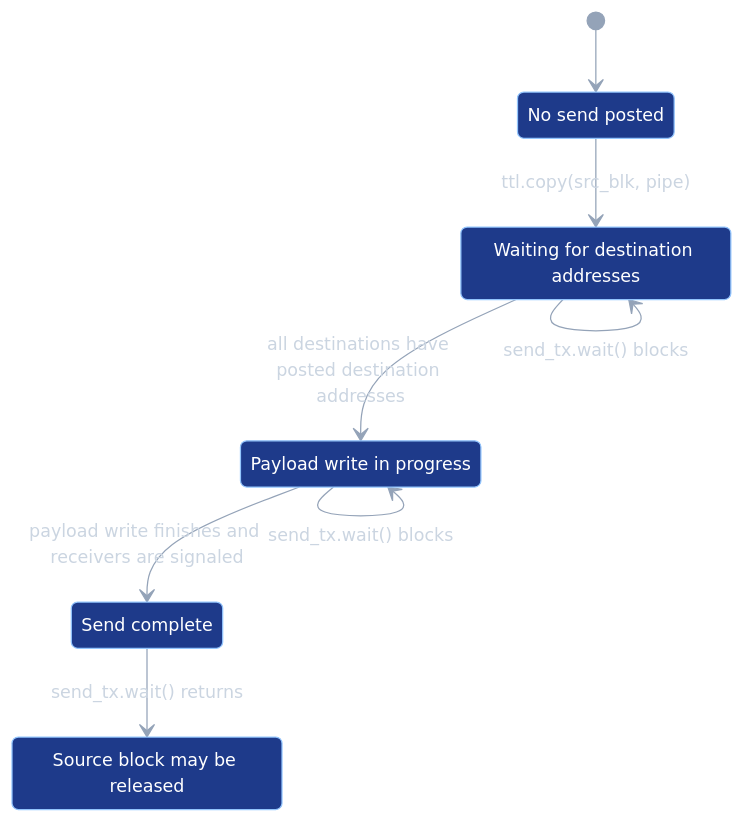
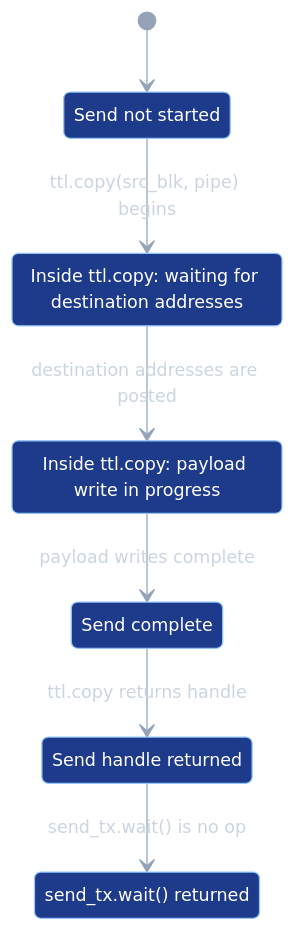
One commit to cyenwuTT/tt-lang changed the second of 5 diagrams in docs/development/PipeNets.md. Above: the diagram before and after it, drawn with Mermaid. The commit also changed other lines of this file and 15 other files, not shown here.

First line of the commit message:
[ttl] Allocate pipe resources by transfer liveness (#627)

````diff
--- a/docs/development/PipeNets.md
+++ b/docs/development/PipeNets.md
@@ -102,20 +113,20 @@
 ```mermaid
 %%{init: {"theme": "base", "themeVariables": {"primaryColor": "#1e3a8a", "primaryTextColor": "#ffffff", "primaryBorderColor": "#93c5fd", "lineColor": "#94a3b8", "textColor": "#cbd5e1", "labelTextColor": "#cbd5e1", "edgeLabelBackground": "transparent", "fontSize": "14px"}}}%%
 stateDiagram-v2
-    state "No send posted" as NoSendPosted
-    state "Waiting for destination addresses" as WaitingForDestinationAddresses
-    state "Payload write in progress" as PayloadWriteInProgress
+    state "Send not started" as NoSendPosted
+    state "Inside ttl.copy: waiting for destination addresses" as WaitingForDestinationAddresses
+    state "Inside ttl.copy: payload write in progress" as PayloadWriteInProgress
     state "Send complete" as SendComplete
-    state "Source block may be released" as SourceBlockMayBeReleased
+    state "Send handle returned" as SendHandleReturned
+    state "send_tx.wait() returned" as SourceBlockMayBeReleased
 
     [*] --> NoSendPosted
-    NoSendPosted --> WaitingForDestinationAddresses: ttl.copy(src_blk, pipe)
-    WaitingForDestinationAddresses --> PayloadWriteInProgress: all destinations have posted destination addresses
-    PayloadWriteInProgress --> SendComplete: payload write finishes and receivers are signaled
-    SendComplete --> SourceBlockMayBeReleased: send_tx.wait() returns
-    WaitingForDestinationAddresses --> WaitingForDestinationAddresses: send_tx.wait() blocks
-    PayloadWriteInProgress --> PayloadWriteInProgress: send_tx.wait() blocks
+    NoSendPosted --> WaitingForDestinationAddresses: ttl.copy(src_blk, pipe) begins
+    WaitingForDestinationAddresses --> PayloadWriteInProgress: destination addresses are posted
+    PayloadWriteInProgress --> SendComplete: payload writes complete
+    SendComplete --> SendHandleReturned: ttl.copy returns handle
+    SendHandleReturned --> SourceBlockMayBeReleased: send_tx.wait() is no op
 
     classDef pipeState fill:#1e3a8a,stroke:#93c5fd,color:#ffffff
-    class NoSendPosted,WaitingForDestinationAddresses,PayloadWriteInProgress,SendComplete,SourceBlockMayBeReleased pipeState
+    class NoSendPosted,WaitingForDestinationAddresses,PayloadWriteInProgress,SendComplete,SendHandleReturned,SourceBlockMayBeReleased pipeState
 ```
````
